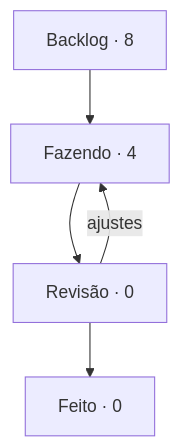
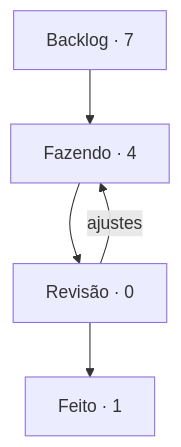
Before and after one commit to StudioVibi/VibiKanban: the diagram in boards/harness/BOARD.md, drawn with Mermaid. The commit also changed other lines of this file and 2 other files, not shown here.

````diff
--- a/boards/harness/BOARD.md
+++ b/boards/harness/BOARD.md
@@ -5,10 +5,10 @@
 ```mermaid
 flowchart TD
-  backlog["Backlog · 8"] --> doing["Fazendo · 4"]
+  backlog["Backlog · 7"] --> doing["Fazendo · 4"]
   doing --> review["Revisão · 0"]
-  review --> done["Feito · 0"]
+  review --> done["Feito · 1"]
   review -->|ajustes| doing
   doing:::blue
   review:::yellow
   done:::green
 ```
````
